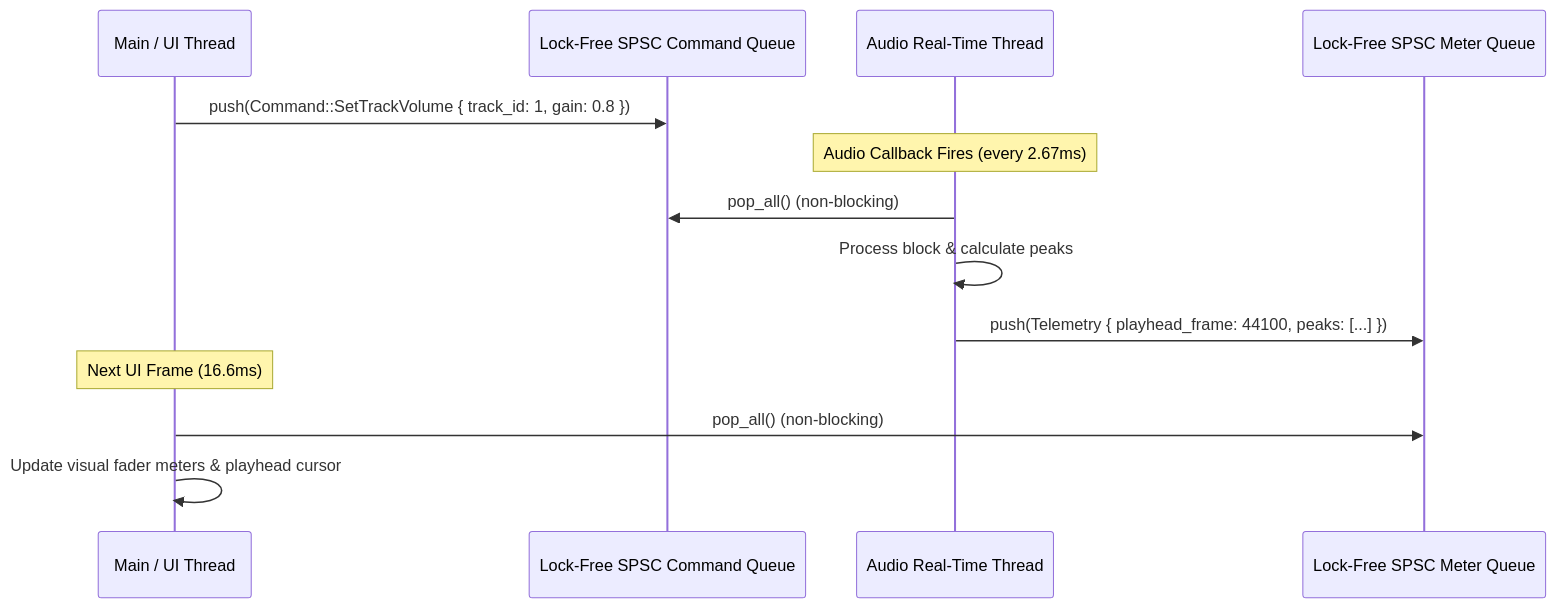
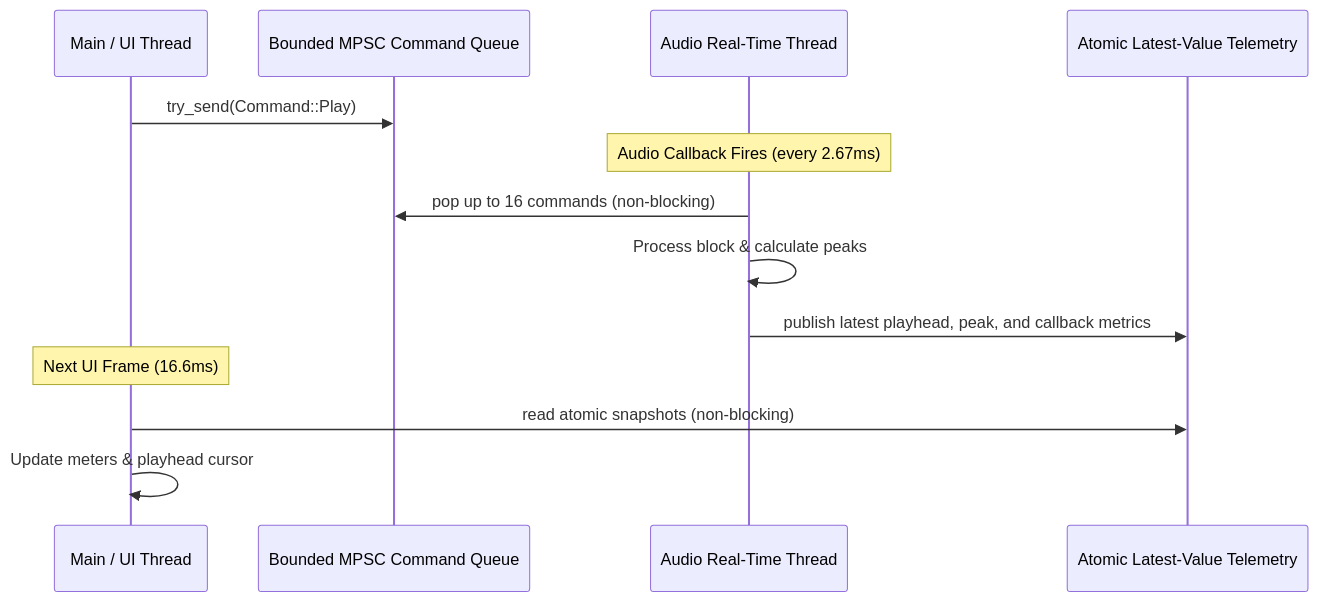
The second of 3 diagrams in docs/architecture/ARCHITECTURE.md (Akagami-7/Esperia), drawn with Mermaid before and after one commit. The commit also changed other lines of this file and 39 other files, not shown here.

````diff
--- a/docs/architecture/ARCHITECTURE.md
+++ b/docs/architecture/ARCHITECTURE.md
@@ -112,16 +97,16 @@
 ```mermaid
 sequenceDiagram
     participant UI as Main / UI Thread
-    participant CmdQ as Lock-Free SPSC Command Queue
+    participant CmdQ as Bounded MPSC Command Queue
     participant Audio as Audio Real-Time Thread
-    participant MeterQ as Lock-Free SPSC Meter Queue
+    participant MeterQ as Atomic Latest-Value Telemetry
 
-    UI->>CmdQ: push(Command::SetTrackVolume { track_id: 1, gain: 0.8 })
+    UI->>CmdQ: try_send(Command::Play)
     Note over Audio: Audio Callback Fires (every 2.67ms)
-    Audio->>CmdQ: pop_all() (non-blocking)
+    Audio->>CmdQ: pop up to 16 commands (non-blocking)
     Audio->>Audio: Process block & calculate peaks
-    Audio->>MeterQ: push(Telemetry { playhead_frame: 44100, peaks: [...] })
+    Audio->>MeterQ: publish latest playhead, peak, and callback metrics
     Note over UI: Next UI Frame (16.6ms)
-    UI->>MeterQ: pop_all() (non-blocking)
-    UI->>UI: Update visual fader meters & playhead cursor
+    UI->>MeterQ: read atomic snapshots (non-blocking)
+    UI->>UI: Update meters & playhead cursor
 ```
````
